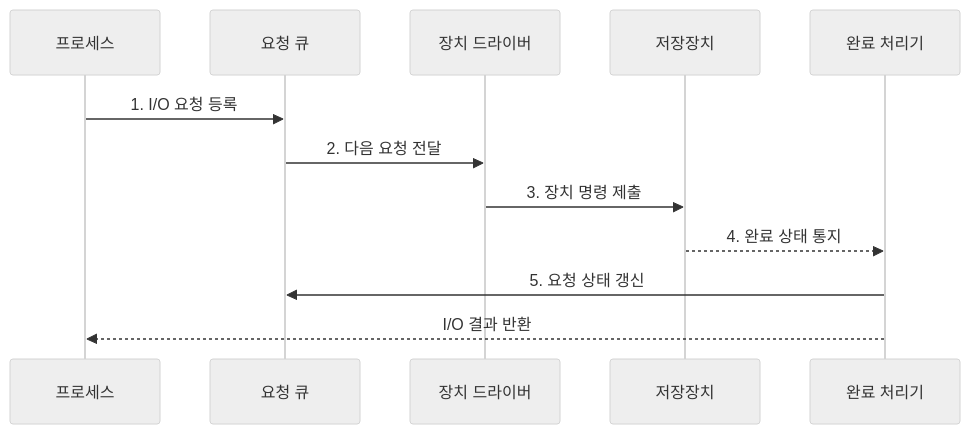
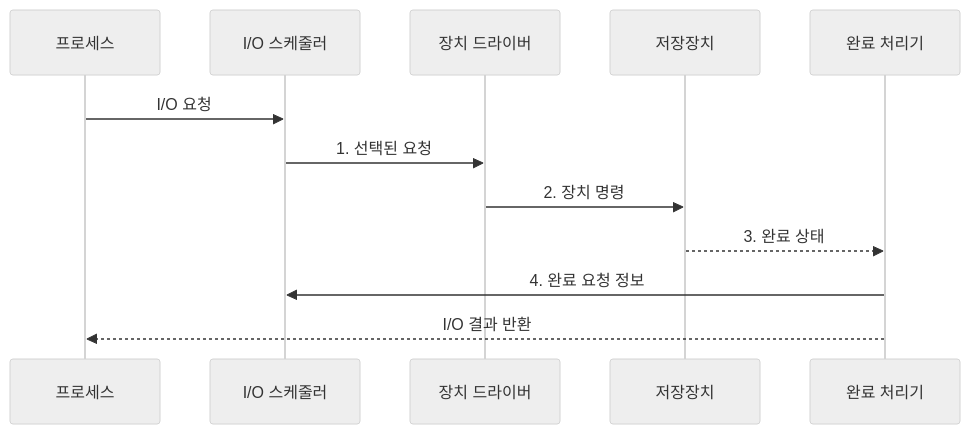
The second of 2 diagrams in src/content/docs/notes/03-software/022_io_management_disk_scheduling.md (agnusdei1207/knowledge-base), drawn with Mermaid (neutral theme) before and after one commit. The commit also changed other lines of this file and 20 other files, not shown here.

````diff
--- a/src/content/docs/notes/03-software/022_io_management_disk_scheduling.md
+++ b/src/content/docs/notes/03-software/022_io_management_disk_scheduling.md
@@ -96,14 +104,14 @@
 ```mermaid
 sequenceDiagram
     participant P as 프로세스
-    participant Q as 요청 큐
+    participant S as I/O 스케줄러
     participant D as 장치 드라이버
     participant V as 저장장치
     participant C as 완료 처리기
-    P->>Q: 1. I/O 요청 등록
-    Q->>D: 2. 다음 요청 전달
-    D->>V: 3. 장치 명령 제출
-    V-->>C: 4. 완료 상태 통지
-    C->>Q: 5. 요청 상태 갱신
+    P->>S: I/O 요청
+    S->>D: 1. 선택된 요청
+    D->>V: 2. 장치 명령
+    V-->>C: 3. 완료 상태
+    C->>S: 4. 완료 요청 정보
     C-->>P: I/O 결과 반환
 ```
````
